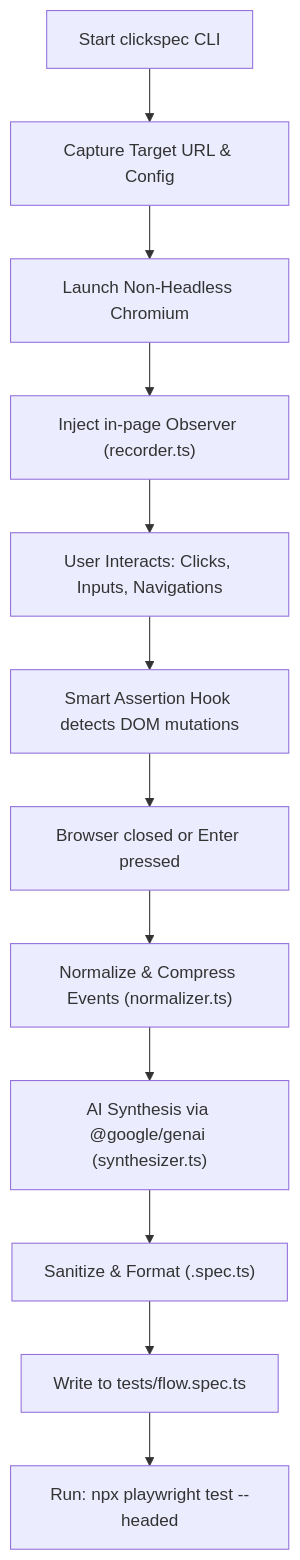
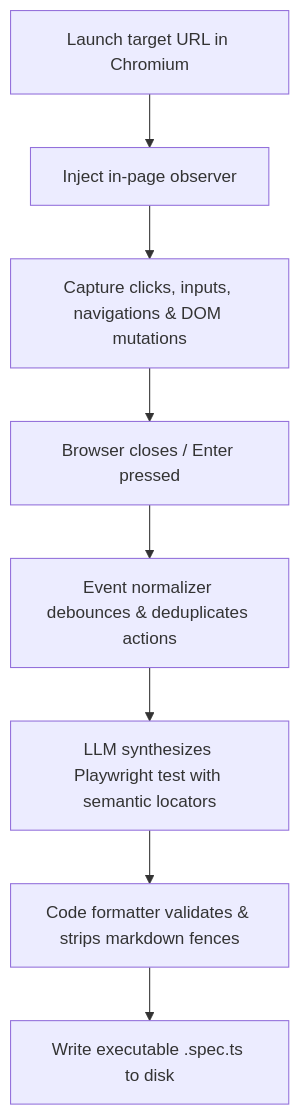
The diagram in README.md (fiizam/clickspec), drawn with Mermaid before and after one commit. The commit also changed other lines of this file and 1 other file, not shown here.

````diff
--- a/README.md
+++ b/README.md
@@ -53,14 +151,10 @@
 ```mermaid
 flowchart TD
-    A["Start clickspec CLI"] --> B["Capture Target URL & Config"]
-    B --> C["Launch Non-Headless Chromium"]
-    C --> D["Inject in-page Observer (recorder.ts)"]
-    D --> E["User Interacts: Clicks, Inputs, Navigations"]
-    E --> F["Smart Assertion Hook detects DOM mutations"]
-    F --> G["Browser closed or Enter pressed"]
-    G --> H["Normalize & Compress Events (normalizer.ts)"]
-    H --> I["AI Synthesis via @google/genai (synthesizer.ts)"]
-    I --> J["Sanitize & Format (.spec.ts)"]
-    J --> K["Write to tests/flow.spec.ts"]
-    K --> L["Run: npx playwright test --headed"]
+    A["Launch target URL in Chromium"] --> B["Inject in-page observer"]
+    B --> C["Capture clicks, inputs, navigations & DOM mutations"]
+    C --> D["Browser closes / Enter pressed"]
+    D --> E["Event normalizer debounces & deduplicates actions"]
+    E --> F["LLM synthesizes Playwright test with semantic locators"]
+    F --> G["Code formatter validates & strips markdown fences"]
+    G --> H["Write executable .spec.ts to disk"]
 ```
````
